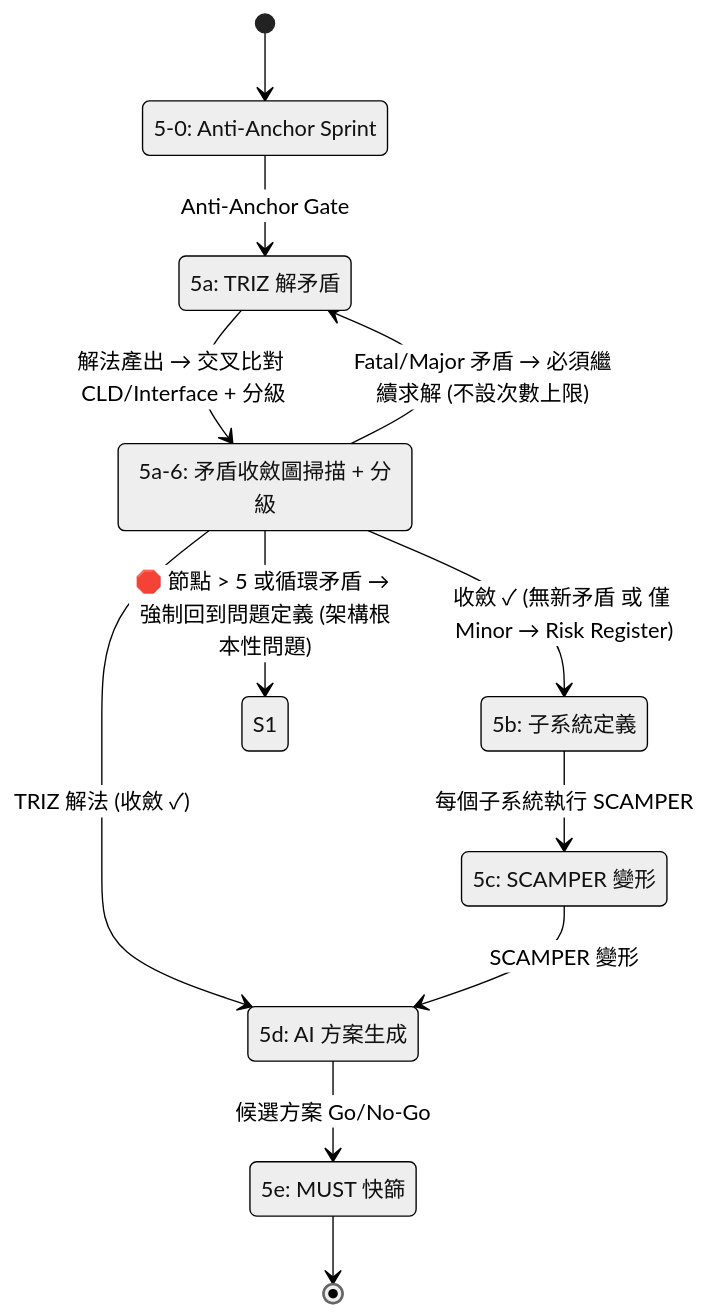
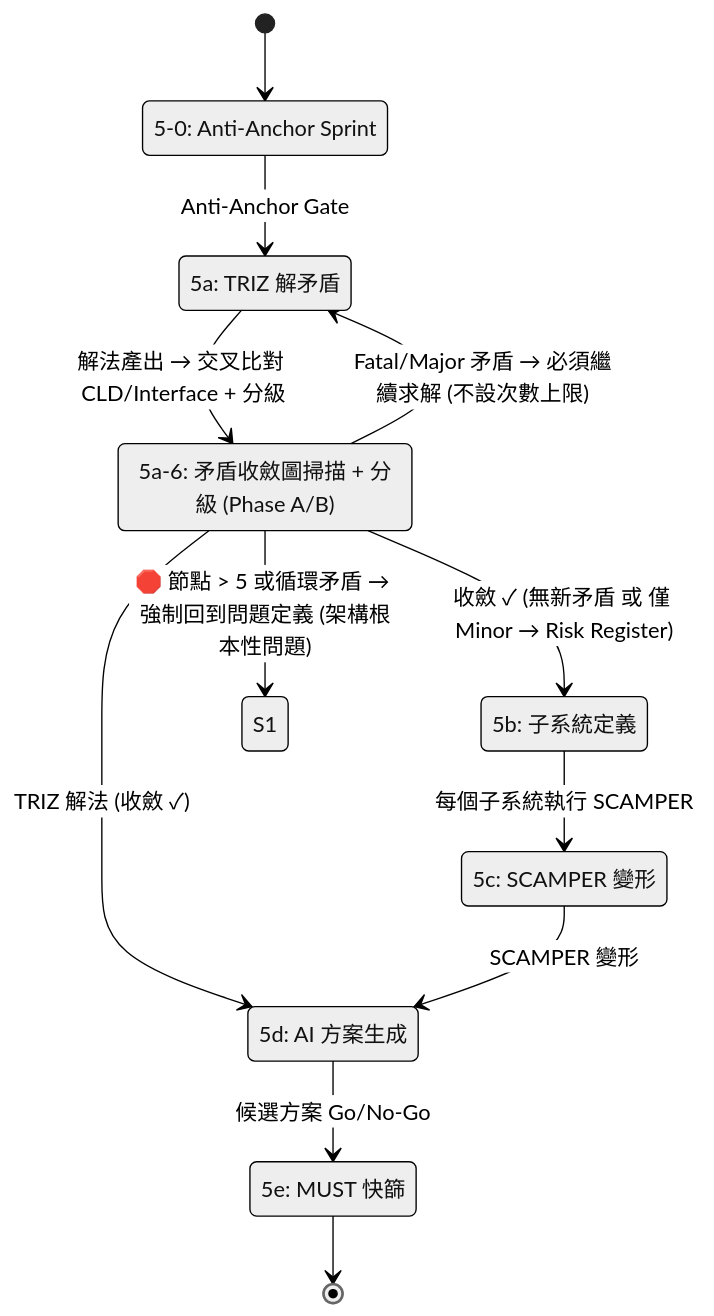
Before and after one commit to JIA-HONG-CHU/design-copilot-blueprint: the second of 4 diagrams in docs/e2e/RD_Design_Copilot_State_Machine.md, drawn with Mermaid (neutral theme). The commit also changed other lines of this file and 3 other files, not shown here.

````diff
--- a/docs/e2e/RD_Design_Copilot_State_Machine.md
+++ b/docs/e2e/RD_Design_Copilot_State_Machine.md
@@ -69,22 +70,22 @@
 ```mermaid
 stateDiagram-v2
     state "5-0: Anti-Anchor Sprint" as S5_0
     state "5a: TRIZ 解矛盾" as S5a
-    state "5a-6: 矛盾收斂圖掃描 + 分級" as S5a6
+    state "5a-6: 矛盾收斂圖掃描 + 分級 (Phase A/B)" as S5a6
     state "5b: 子系統定義" as S5b
     state "5c: SCAMPER 變形" as S5c
     state "5d: AI 方案生成" as S5d
     state "5e: MUST 快篩" as S5e
 
     [*] --> S5_0
     S5_0 --> S5a : Anti-Anchor Gate
     S5a --> S5a6 : 解法產出 → 交叉比對 CLD/Interface + 分級
     S5a6 --> S5a : Fatal/Major 矛盾 → 必須繼續求解 (不設次數上限)
     S5a6 --> S1 : 🛑 節點 > 5 或循環矛盾 → 強制回到問題定義 (架構根本性問題)
     S5a6 --> S5b : 收斂 ✓ (無新矛盾 或 僅 Minor → Risk Register)
     S5b --> S5c : 每個子系統執行 SCAMPER
     S5a6 --> S5d : TRIZ 解法 (收斂 ✓)
     S5c --> S5d : SCAMPER 變形
     S5d --> S5e : 候選方案 Go/No-Go
     S5e --> [*]
 ```
````
